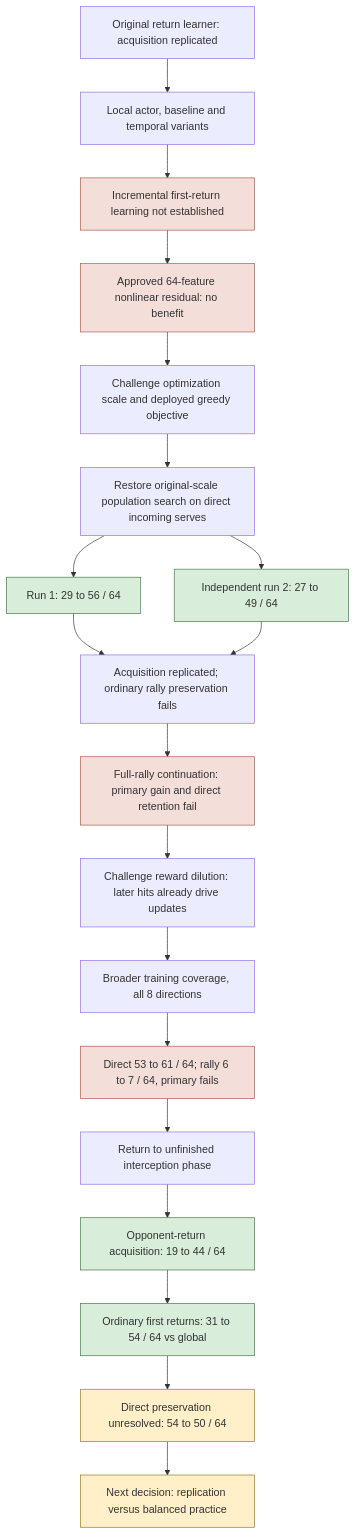
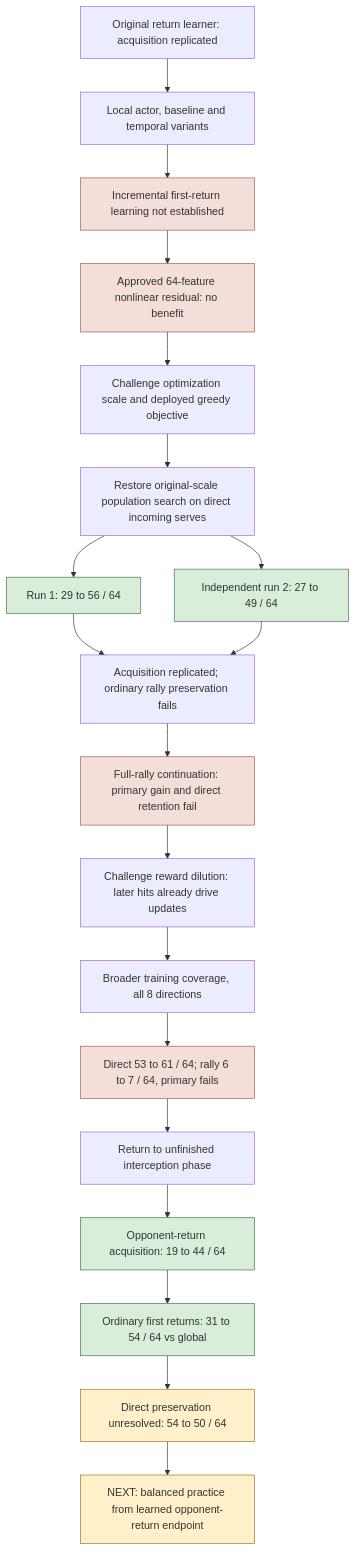
One commit to rruhland/Fly-Connectome changed the diagram in docs/reconstruction/2026-10-22-progress-map.md. Above: the diagram before and after it, drawn with Mermaid. The commit also changed other lines of this file and 2 other files, not shown here.

Commit message:
Select balanced practice while carrying acquired opponent-return skill

````diff
--- a/docs/reconstruction/2026-10-22-progress-map.md
+++ b/docs/reconstruction/2026-10-22-progress-map.md
@@ -7,27 +7,27 @@
 ```mermaid
 flowchart TD
     A[Original return learner: acquisition replicated] --> B[Local actor, baseline and temporal variants]
     B --> C[Incremental first-return learning not established]
     C --> D[Approved 64-feature nonlinear residual: no benefit]
     D --> E[Challenge optimization scale and deployed greedy objective]
     E --> F[Restore original-scale population search on direct incoming serves]
     F --> G[Run 1: 29 to 56 / 64]
     F --> H[Independent run 2: 27 to 49 / 64]
     G --> I[Acquisition replicated; ordinary rally preservation fails]
     H --> I
     I --> J[Full-rally continuation: primary gain and direct retention fail]
     J --> K[Challenge reward dilution: later hits already drive updates]
     K --> L[Broader training coverage, all 8 directions]
     L --> M[Direct 53 to 61 / 64; rally 6 to 7 / 64, primary fails]
     M --> N[Return to unfinished interception phase]
     N --> O[Opponent-return acquisition: 19 to 44 / 64]
     O --> P[Ordinary first returns: 31 to 54 / 64 vs global]
     P --> Q[Direct preservation unresolved: 54 to 50 / 64]
-    Q --> R[Next decision: replication versus balanced practice]
+    Q --> R[NEXT: balanced practice from learned opponent-return endpoint]
     classDef gain fill:#d9eddb,stroke:#46734a
     classDef fail fill:#f4ded9,stroke:#a15d49
     classDef active fill:#fff0c9,stroke:#967627
     class G,H,O,P gain
     class C,D,J,M fail
     class Q,R active
 ```
````
